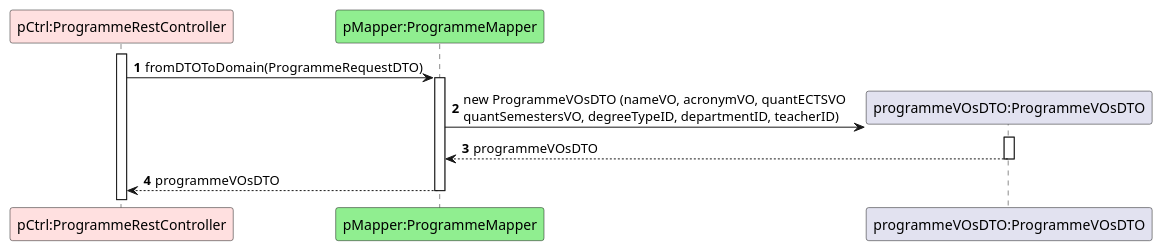
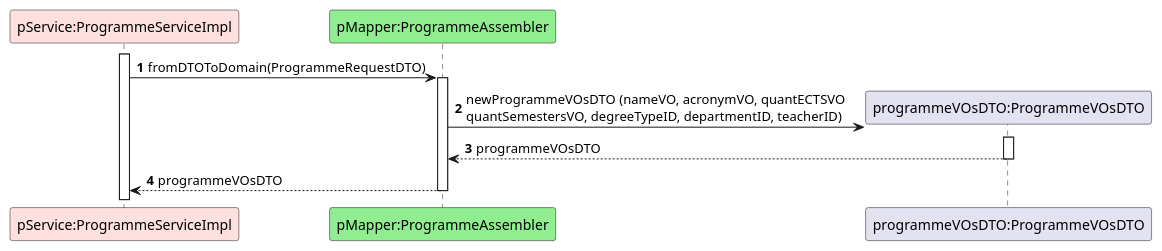
The diagram in docs/US31/ProcessView/Level4/Ref-ConvertProgrammeRequestDTOToProgrammeVOsDTO.puml (GasparISEP/DevOps-PAI), drawn with PlantUML before and after one commit. The commit also changed 5 other files, not shown here.

Commit message:
Corrections to registerProgramme's Process Lvl4 Diagrams, #505, #523

```diff
--- a/docs/US31/ProcessView/Level4/Ref-ConvertProgrammeRequestDTOToProgrammeVOsDTO.puml
+++ b/docs/US31/ProcessView/Level4/Ref-ConvertProgrammeRequestDTOToProgrammeVOsDTO.puml
@@ -1,14 +1,14 @@
 @startuml
 autonumber
 
-participant "pCtrl:ProgrammeRestController" as C #implementation
-participant "pMapper:ProgrammeMapper" as PM #lightgreen
+participant "pService:ProgrammeServiceImpl" as PS #implementation
+participant "pMapper:ProgrammeAssembler" as PA #lightgreen
 participant "programmeVOsDTO:ProgrammeVOsDTO" as PDTO
 
-activate C
-C -> PM ++: fromDTOToDomain(ProgrammeRequestDTO)
-PM -> PDTO**: new ProgrammeVOsDTO (nameVO, acronymVO, quantECTSVO \nquantSemestersVO, degreeTypeID, departmentID, teacherID)
+activate PS
+PS -> PA ++: fromDTOToDomain(ProgrammeRequestDTO)
+PA -> PDTO**: newProgrammeVOsDTO (nameVO, acronymVO, quantECTSVO \nquantSemestersVO, degreeTypeID, departmentID, teacherID)
 activate PDTO
-PDTO --> PM--: programmeVOsDTO
-PM --> C--: programmeVOsDTO
+PDTO --> PA--: programmeVOsDTO
+PA --> PS--: programmeVOsDTO
 @enduml
```
